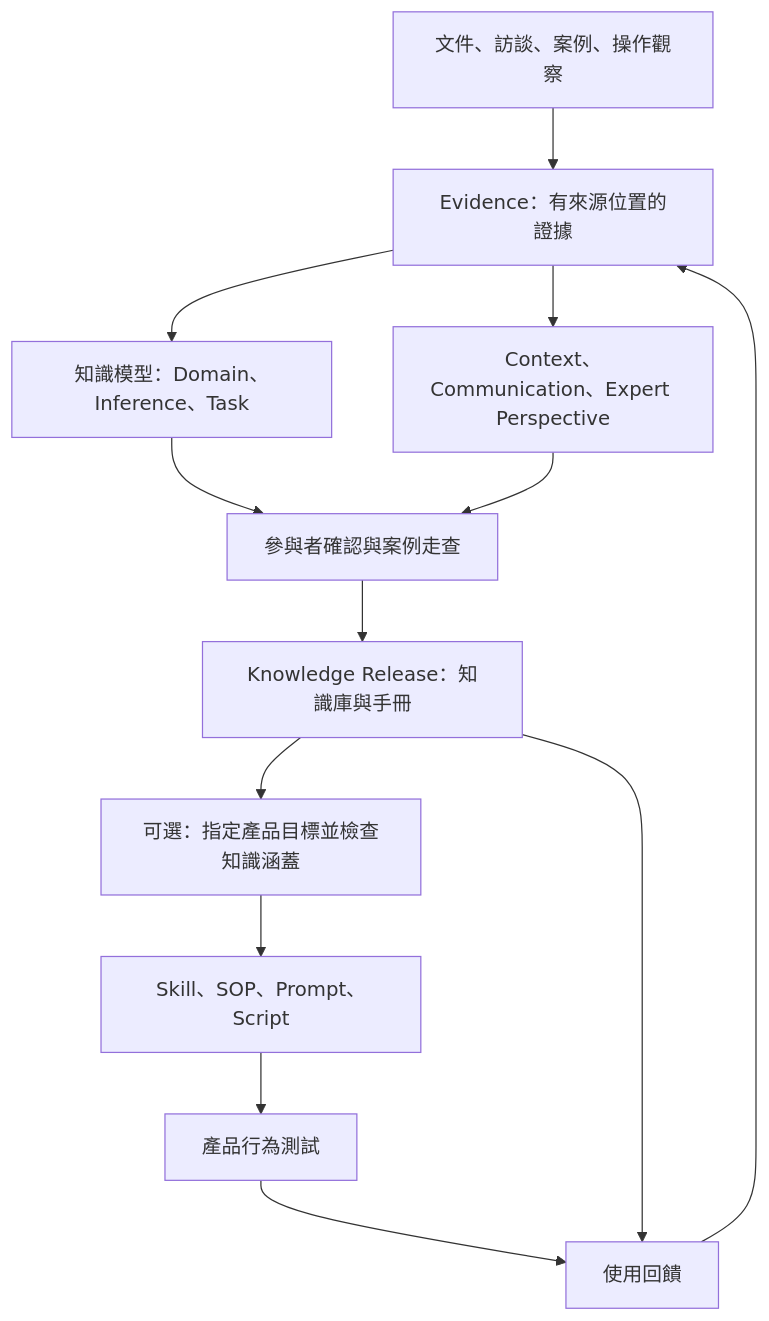
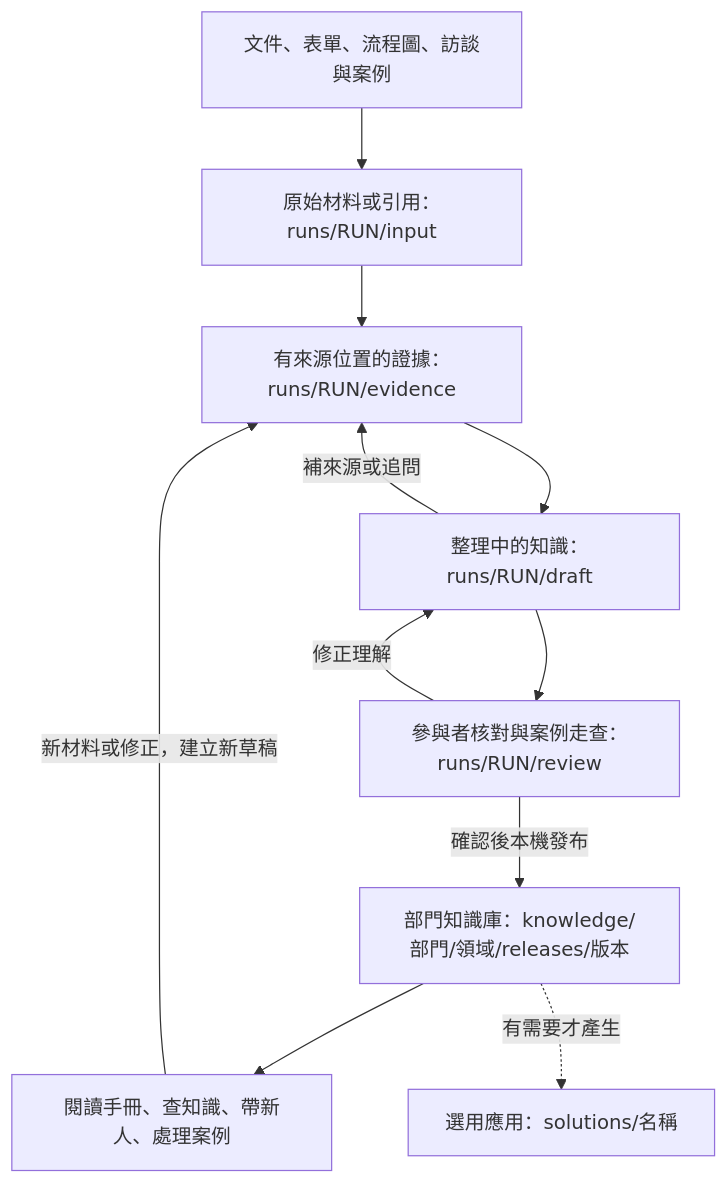
Before and after one commit to Dannychen29/Knowledge.Distillation: the diagram in README.md, drawn with Mermaid. The commit also changed other lines of this file and 19 other files, not shown here.

````diff
--- a/README.md
+++ b/README.md
@@ -90,15 +24,13 @@
 ```mermaid
 flowchart TD
-    A[文件、訪談、案例、操作觀察] --> B[Evidence：有來源位置的證據]
-    B --> C[知識模型：Domain、Inference、Task]
-    B --> D[Context、Communication、Expert Perspective]
-    C --> E[參與者確認與案例走查]
-    D --> E
-    E --> F[Knowledge Release：知識庫與手冊]
-    F --> G[可選：指定產品目標並檢查知識涵蓋]
-    G --> H[Skill、SOP、Prompt、Script]
-    H --> I[產品行為測試]
-    I --> J[使用回饋]
-    F --> J
-    J --> B
+    A[文件、表單、流程圖、訪談與案例] --> B[原始材料或引用：runs/RUN/input]
+    B --> C[有來源位置的證據：runs/RUN/evidence]
+    C --> D[整理中的知識：runs/RUN/draft]
+    D --> E[參與者核對與案例走查：runs/RUN/review]
+    E -->|修正理解| D
+    D -->|補來源或追問| C
+    E -->|確認後本機發布| F[部門知識庫：knowledge/部門/領域/releases/版本]
+    F --> G[閱讀手冊、查知識、帶新人、處理案例]
+    G -->|新材料或修正，建立新草稿| C
+    F -.->|有需要才產生| H[選用應用：solutions/名稱]
 ```
````
